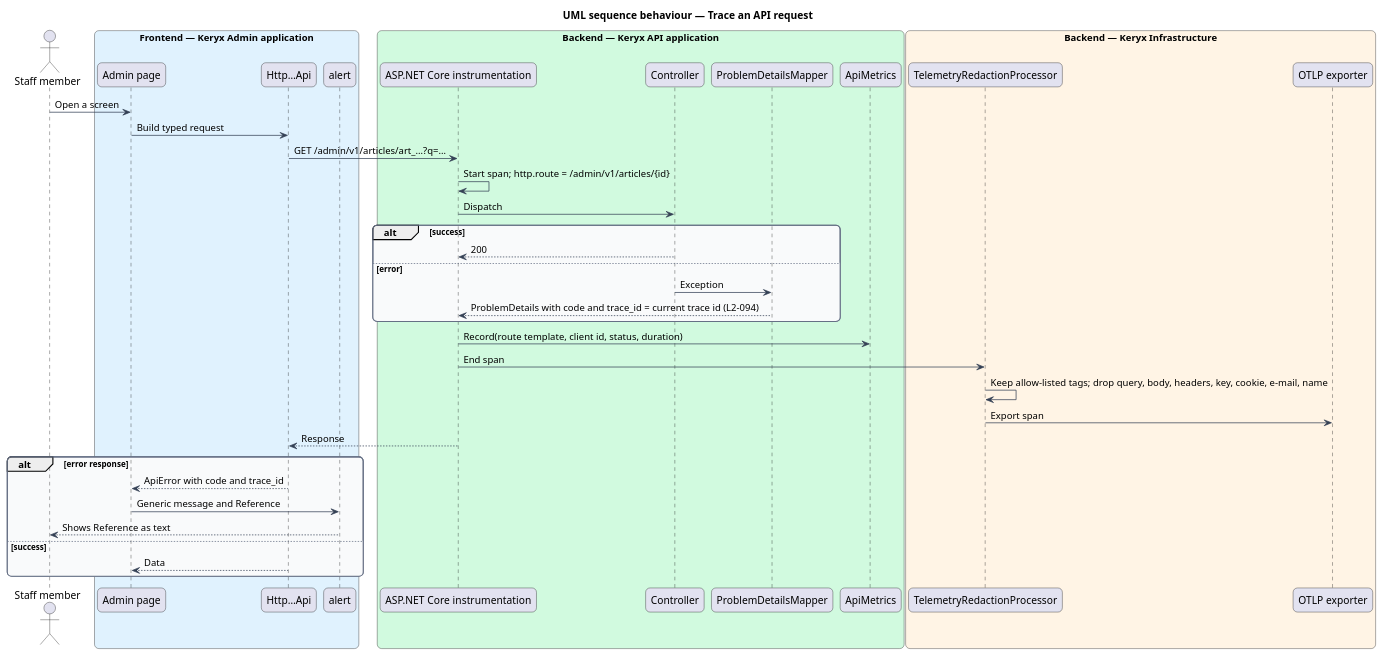
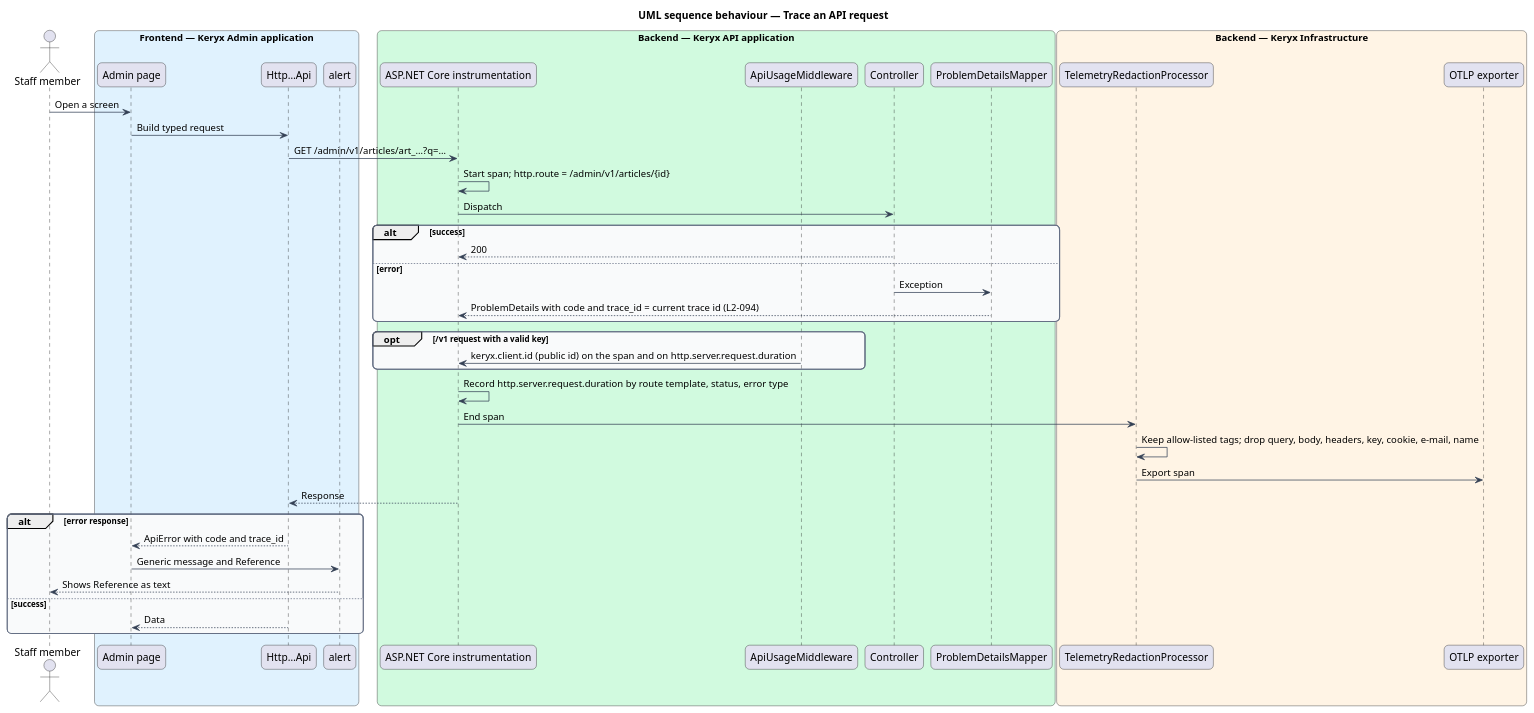
One commit to QuinntyneBrown/keryx changed the diagram in docs/detailed-designs/operations/observe-the-system/diagrams/sequence-trace-api-request.puml. Above: the diagram before and after it, drawn with PlantUML. The commit also changed 10 other files, not shown here.

First line of the commit message:
Measure and trace consumer requests by route template and client

```diff
--- a/docs/detailed-designs/operations/observe-the-system/diagrams/sequence-trace-api-request.puml
+++ b/docs/detailed-designs/operations/observe-the-system/diagrams/sequence-trace-api-request.puml
@@ -1,56 +1,59 @@
 @startuml
 title UML sequence behaviour — Trace an API request
 skinparam backgroundColor #FFFFFF
 skinparam shadowing false
 skinparam roundcorner 12
 skinparam defaultFontName Arial
 skinparam ArrowColor #344054
 skinparam rectangle {
   BorderColor #344054
   FontColor #101828
 }
 skinparam package {
   BorderColor #667085
   FontColor #101828
   BackgroundColor #F9FAFB
 }
 actor "Staff member" as actor
 box "Frontend — Keryx Admin application" #E0F2FE
   participant "Admin page" as page
   participant "Http…Api" as client
   participant "alert" as alert
 end box
 box "Backend — Keryx API application" #D1FADF
   participant "ASP.NET Core instrumentation" as inst
+  participant "ApiUsageMiddleware" as usage
   participant "Controller" as ctrl
   participant "ProblemDetailsMapper" as pdm
-  participant "ApiMetrics" as metrics
 end box
 box "Backend — Keryx Infrastructure" #FFF4E5
   participant "TelemetryRedactionProcessor" as red
   participant "OTLP exporter" as exp
 end box
 actor -> page : Open a screen
 page -> client : Build typed request
 client -> inst : GET /admin/v1/articles/art_…?q=…
 inst -> inst : Start span; http.route = /admin/v1/articles/{id}
 inst -> ctrl : Dispatch
 alt success
   ctrl --> inst : 200
 else error
   ctrl -> pdm : Exception
   pdm --> inst : ProblemDetails with code and trace_id = current trace id (L2-094)
 end
-inst -> metrics : Record(route template, client id, status, duration)
+opt /v1 request with a valid key
+  usage -> inst : keryx.client.id (public id) on the span and on http.server.request.duration
+end
+inst -> inst : Record http.server.request.duration by route template, status, error type
 inst -> red : End span
 red -> red : Keep allow-listed tags; drop query, body, headers, key, cookie, e-mail, name
 red -> exp : Export span
 inst --> client : Response
 alt error response
   client --> page : ApiError with code and trace_id
   page -> alert : Generic message and Reference
   alert --> actor : Shows Reference as text
 else success
   client --> page : Data
 end
 @enduml
```
